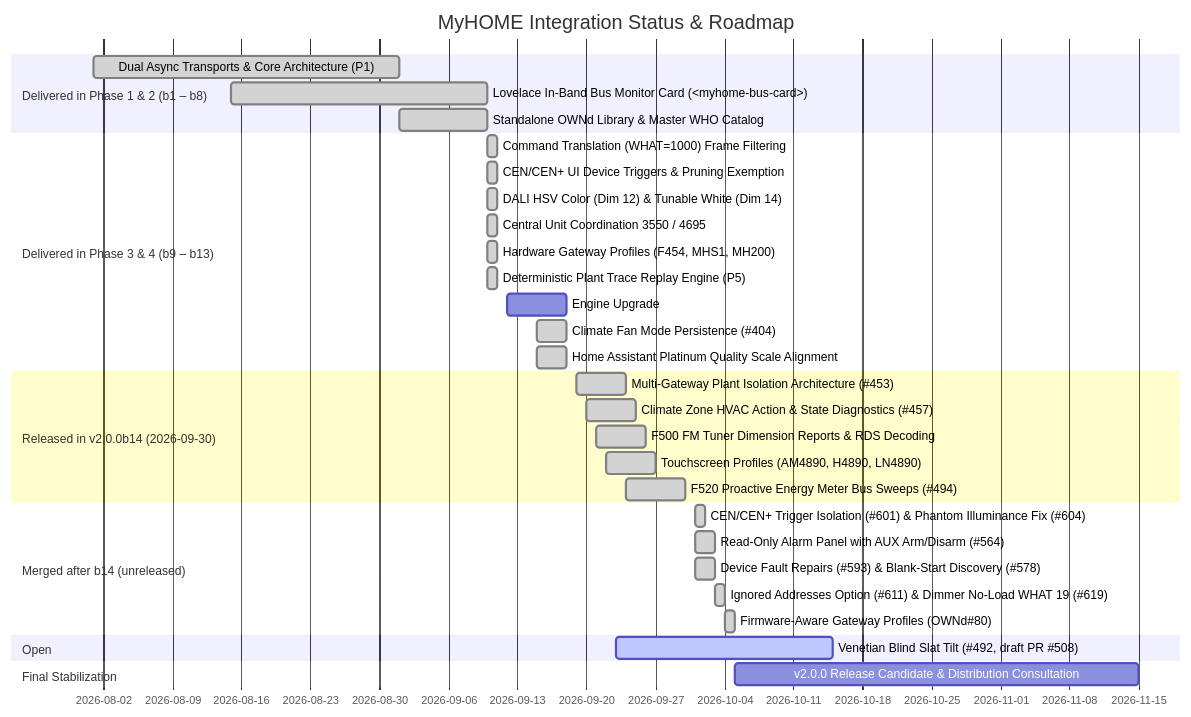
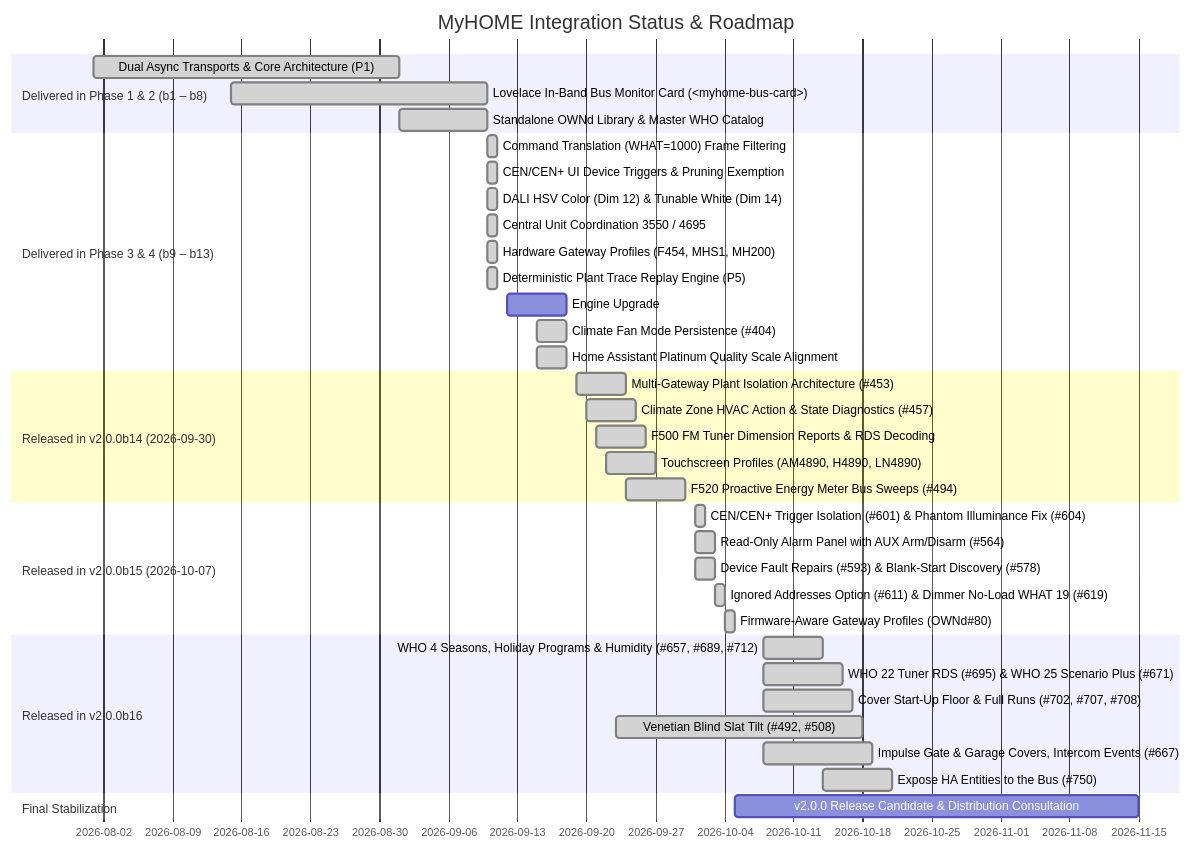
The first of 3 diagrams in docs/roadmap.md (OpenWebNet-HA/MyHOME), drawn with Mermaid before and after one commit. The commit also changed other lines of this file and 4 other files, not shown here.

First line of the commit message:
docs(release): bring README and the roadmap pages up to 2.0.0b16

````diff
--- a/docs/roadmap.md
+++ b/docs/roadmap.md
@@ -17,35 +17,40 @@
 ```mermaid
 gantt
     title MyHOME Integration Status & Roadmap
     dateFormat  YYYY-MM-DD
     section Delivered in Phase 1 & 2 (b1 – b8)
     Dual Async Transports & Core Architecture (P1)   :done, 2026-08-01, 2026-09-01
     Lovelace In-Band Bus Monitor Card (<myhome-bus-card>) :done, 2026-08-15, 2026-09-10
     Standalone OWNd Library & Master WHO Catalog     :done, 2026-09-01, 2026-09-10
     section Delivered in Phase 3 & 4 (b9 – b13)
     Command Translation (WHAT=1000) Frame Filtering   :done, 2026-09-10, 2026-09-11
     CEN/CEN+ UI Device Triggers & Pruning Exemption  :done, 2026-09-10, 2026-09-11
     DALI HSV Color (Dim 12) & Tunable White (Dim 14) :done, 2026-09-10, 2026-09-11
     Central Unit Coordination 3550 / 4695            :done, 2026-09-10, 2026-09-11
     Hardware Gateway Profiles (F454, MHS1, MH200)   :done, 2026-09-10, 2026-09-11
     Deterministic Plant Trace Replay Engine (P5)     :done, 2026-09-10, 2026-09-11
     Engine Upgrade: OWNd 2.0.0b8 (HMAC SHA-1/SHA-256) :done, 2026-09-12, 2026-09-18
     Climate Fan Mode Persistence (#404)              :done, 2026-09-15, 2026-09-18
     Home Assistant Platinum Quality Scale Alignment  :done, 2026-09-15, 2026-09-18
     section Released in v2.0.0b14 (2026-09-30)
     Multi-Gateway Plant Isolation Architecture (#453) :done, 2026-09-19, 2026-09-24
     Climate Zone HVAC Action & State Diagnostics (#457) :done, 2026-09-20, 2026-09-25
     F500 FM Tuner Dimension Reports & RDS Decoding   :done, 2026-09-21, 2026-09-26
     Touchscreen Profiles (AM4890, H4890, LN4890)     :done, 2026-09-22, 2026-09-27
     F520 Proactive Energy Meter Bus Sweeps (#494)    :done, 2026-09-24, 2026-09-30
-    section Merged after b14 (unreleased)
+    section Released in v2.0.0b15 (2026-10-07)
     CEN/CEN+ Trigger Isolation (#601) & Phantom Illuminance Fix (#604) :done, 2026-10-01, 2026-10-02
     Read-Only Alarm Panel with AUX Arm/Disarm (#564)  :done, 2026-10-01, 2026-10-03
     Device Fault Repairs (#593) & Blank-Start Discovery (#578) :done, 2026-10-01, 2026-10-03
     Ignored Addresses Option (#611) & Dimmer No-Load WHAT 19 (#619) :done, 2026-10-03, 2026-10-04
     Firmware-Aware Gateway Profiles (OWNd#80)         :done, 2026-10-04, 2026-10-05
-    section Open
-    Venetian Blind Slat Tilt (#492, draft PR #508)    :active, 2026-09-23, 2026-10-15
+    section Released in v2.0.0b16
+    WHO 4 Seasons, Holiday Programs & Humidity (#657, #689, #712) :done, 2026-10-08, 2026-10-14
+    WHO 22 Tuner RDS (#695) & WHO 25 Scenario Plus (#671) :done, 2026-10-08, 2026-10-16
+    Cover Start-Up Floor & Full Runs (#702, #707, #708) :done, 2026-10-08, 2026-10-17
+    Venetian Blind Slat Tilt (#492, #508)             :done, 2026-09-23, 2026-10-18
+    Impulse Gate & Garage Covers, Intercom Events (#667) :done, 2026-10-08, 2026-10-19
+    Expose HA Entities to the Bus (#750)              :done, 2026-10-14, 2026-10-21
     section Final Stabilization
     v2.0.0 Release Candidate & Distribution Consultation :2026-10-05, 2026-11-15
 ```
````
